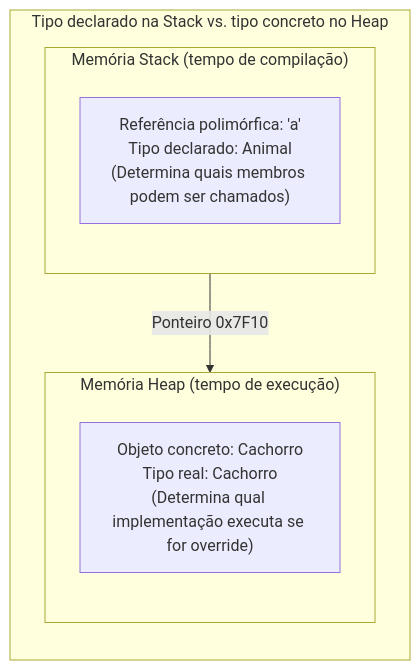
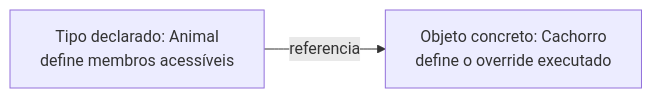
The fourth of 9 diagrams in 01. Programacao Modular/17. Sobreposição de métodos (virtual e override).md (leorruas/puc), drawn with Mermaid before and after one commit. The commit also changed other lines of this file, not shown here.

Commit message:
Normaliza diagramas Mermaid de polimorfismo e override

````diff
--- a/01. Programacao Modular/17. Sobreposição de métodos (virtual e override).md
+++ b/01. Programacao Modular/17. Sobreposição de métodos (virtual e override).md
@@ -168,18 +129,7 @@
 ```mermaid
-flowchart TD
-    subgraph MemoriaPolimorfica ["Tipo declarado na Stack vs. tipo concreto no Heap"]
-        direction TB
+flowchart LR
+    Tipo["Tipo declarado: Animal<br>define membros acessíveis"]:::data
+    Objeto["Objeto concreto: Cachorro<br>define o override executado"]:::component
 
-        subgraph Stack ["Memória Stack (tempo de compilação)"]
-            direction TB
-            Ref["Referência polimórfica: 'a'<br>Tipo declarado: Animal<br>(Determina quais membros podem ser chamados)"]
-        end
-
-        subgraph Heap ["Memória Heap (tempo de execução)"]
-            direction TB
-            Obj["Objeto concreto: Cachorro<br>Tipo real: Cachorro<br>(Determina qual implementação executa se for override)"]
-        end
-
-        Ref -->|Ponteiro 0x7F10| Obj
-    end
+    Tipo -->|"referencia"| Objeto
 ```
````
